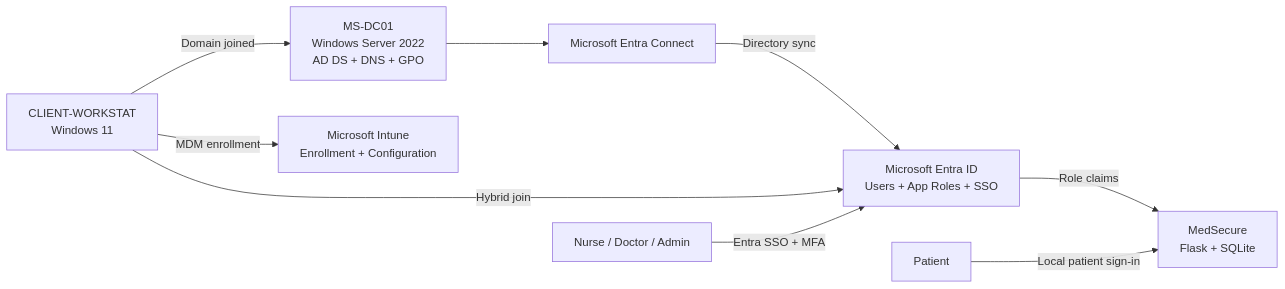
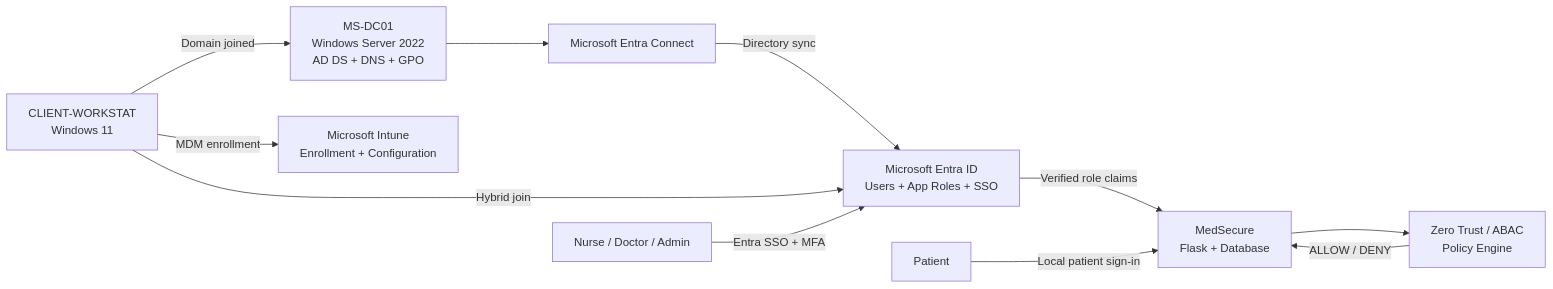
The diagram in README.md (samirmraut72-bit/Junior-Systems-Administrator-Windows-Server-AD-Entra-ID-Intune-Lab), drawn with Mermaid before and after one commit. The commit also changed other lines of this file, not shown here.

Commit message:
Update README with security assessment and Zero Trust

````diff
--- a/README.md
+++ b/README.md
@@ -34,20 +38,23 @@
 ```mermaid
 flowchart LR
     DC["MS-DC01<br/>Windows Server 2022<br/>AD DS + DNS + GPO"]
     PC["CLIENT-WORKSTAT<br/>Windows 11"]
     CONNECT["Microsoft Entra Connect"]
     ENTRA["Microsoft Entra ID<br/>Users + App Roles + SSO"]
     INTUNE["Microsoft Intune<br/>Enrollment + Configuration"]
-    APP["MedSecure<br/>Flask + SQLite"]
+    APP["MedSecure<br/>Flask + Database"]
+    POLICY["Zero Trust / ABAC<br/>Policy Engine"]
     STAFF["Nurse / Doctor / Admin"]
     PATIENT["Patient"]
 
     PC -->|Domain joined| DC
     DC --> CONNECT
     CONNECT -->|Directory sync| ENTRA
     PC -->|Hybrid join| ENTRA
     PC -->|MDM enrollment| INTUNE
     STAFF -->|Entra SSO + MFA| ENTRA
-    ENTRA -->|Role claims| APP
+    ENTRA -->|Verified role claims| APP
     PATIENT -->|Local patient sign-in| APP
+    APP --> POLICY
+    POLICY -->|ALLOW / DENY| APP
 ```
````
